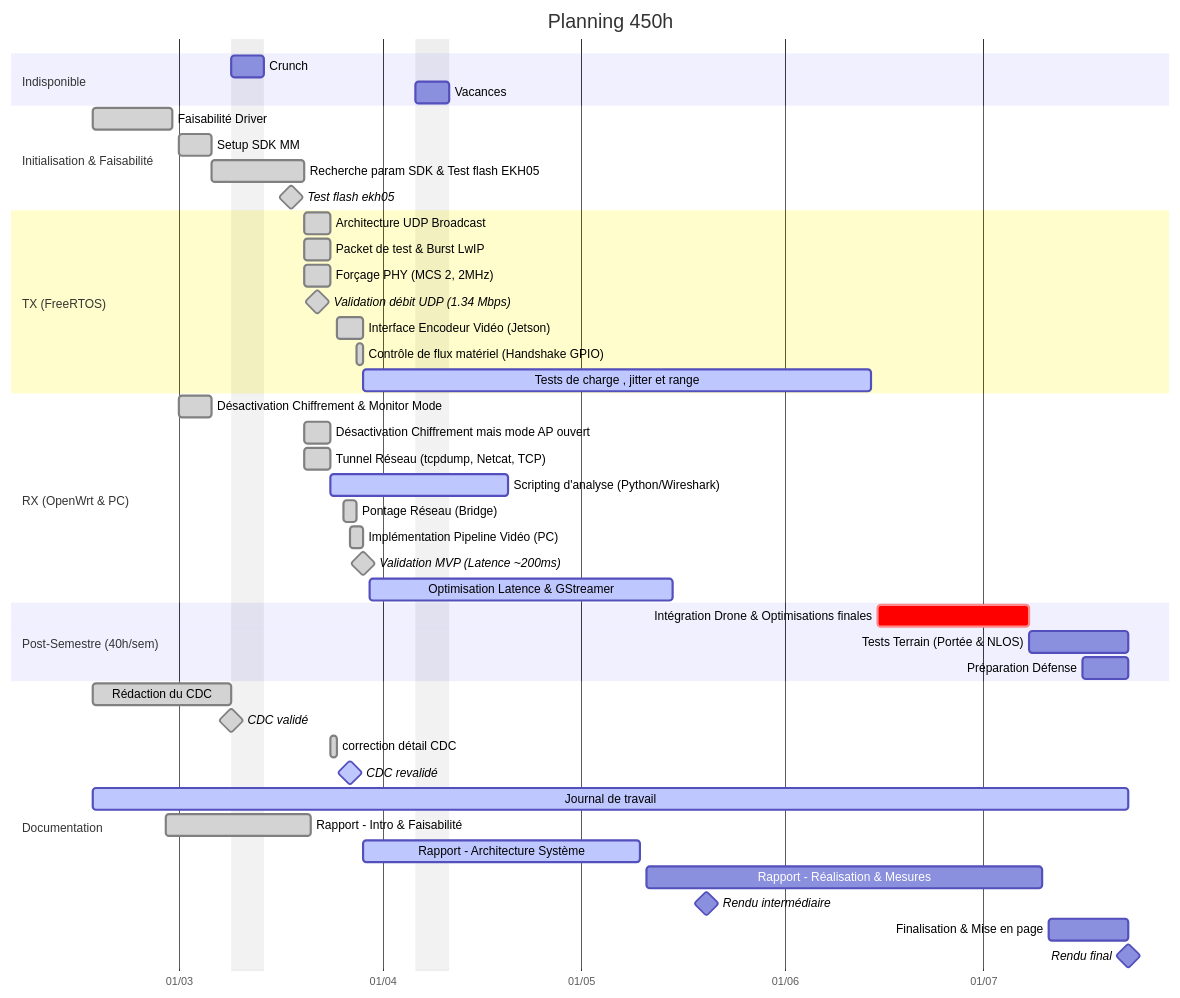
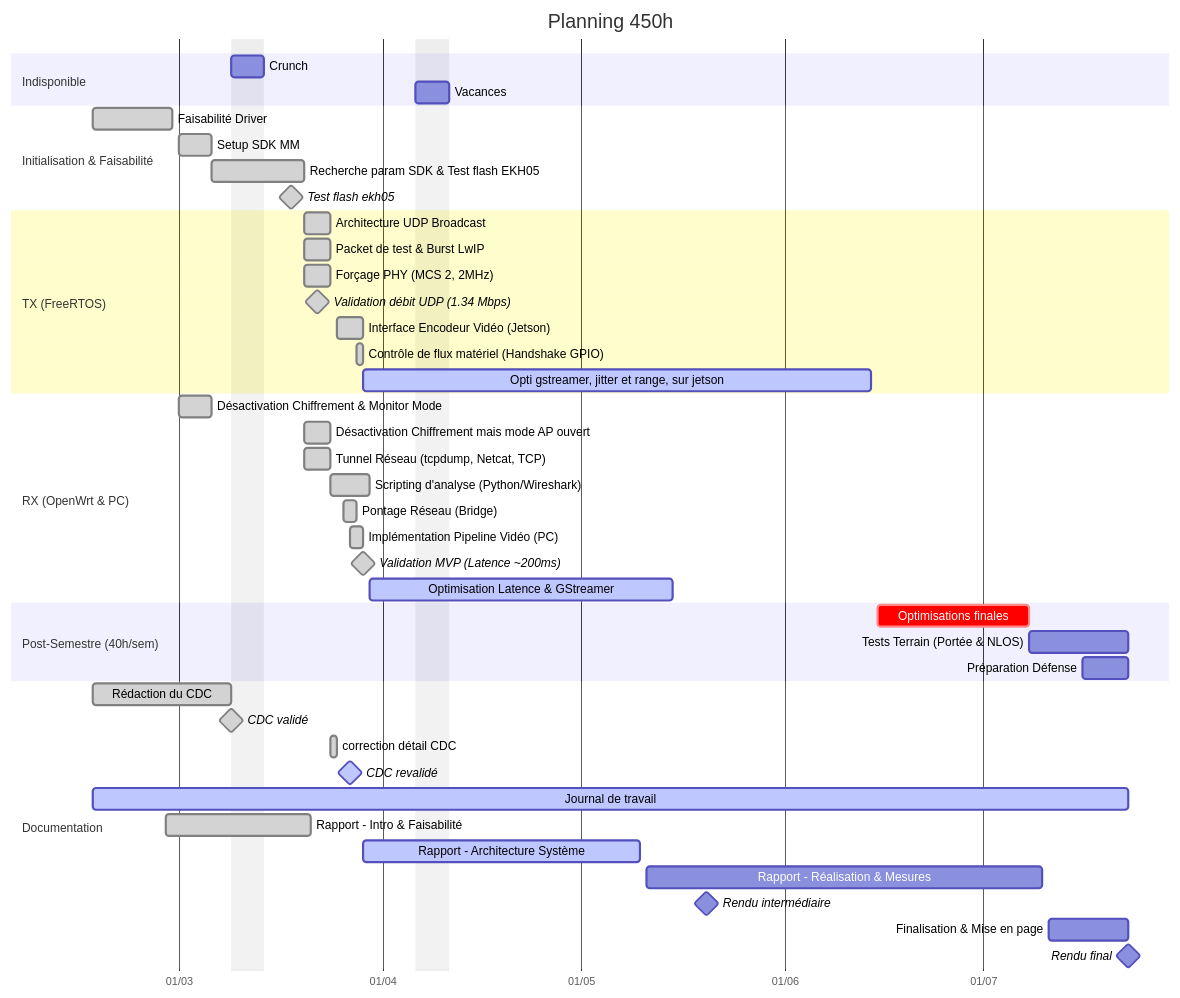
The fifth of 6 diagrams in JOURNAL/JOURNAL_DE_TRAVAIL.md (TschantzN/doc-bachelore-2026), drawn with Mermaid before and after one commit. The commit also changed other lines of this file and 1 other file, not shown here.

Commit message:
update journaux et gantt

````diff
--- a/JOURNAL/JOURNAL_DE_TRAVAIL.md
+++ b/JOURNAL/JOURNAL_DE_TRAVAIL.md
@@ -251,55 +251,55 @@
 ```mermaid
 gantt
     title Planning 450h
     dateFormat  YYYY-MM-DD
     axisFormat  %d/%m
 
     excludes 2026-03-09,2026-03-10,2026-03-11,2026-03-12,2026-03-13,2026-04-06,2026-04-07,2026-04-08,2026-04-09,2026-04-10
     
     section Indisponible
     Crunch      :2026-03-09, 2026-03-14
     Vacances    :2026-04-06, 2026-04-11
 
     section Initialisation & Faisabilité
     Faisabilité Driver :done, p1, 2026-02-16, 2026-02-28
     Setup SDK MM       :done, p2, 2026-03-01, 2026-03-06
     Recherche param SDK & Test flash EKH05 :done, p3, 2026-03-06, 2026-03-20
     Test flash ekh05         :done,milestone ,2026-03-18, 0d
 
     section TX (FreeRTOS)
     Architecture UDP Broadcast :done, tx1, 2026-03-20, 2026-03-24
     Packet de test & Burst LwIP :done, tx2, 2026-03-20, 2026-03-24
     Forçage PHY (MCS 2, 2MHz) :done, tx3, 2026-03-20, 2026-03-24
     Validation débit UDP (1.34 Mbps) :done,milestone ,2026-03-22, 0d
     Interface Encodeur Vidéo (Jetson) :done, tx4, 2026-03-25, 2026-03-29
     Contrôle de flux matériel (Handshake GPIO) :done, tx4b, 2026-03-28, 2026-03-29
-    Tests de charge , jitter et range :active, tx5, 2026-03-29, 2026-06-14
+    Opti gstreamer, jitter et range, sur jetson :active, tx5, 2026-03-29, 2026-06-14
 
     section RX (OpenWrt & PC)
     Désactivation Chiffrement & Monitor Mode :done, rx1, 2026-03-01, 2026-03-06
     Désactivation Chiffrement mais mode AP ouvert:done, rx2, 2026-03-20, 2026-03-24
     Tunnel Réseau (tcpdump, Netcat, TCP) :done, rx3, 2026-03-20, 2026-03-24
-    Scripting d'analyse (Python/Wireshark) :active, rx4, 2026-03-24, 2026-04-20
+    Scripting d'analyse (Python/Wireshark) :done, rx4, 2026-03-24, 2026-03-30
     Pontage Réseau (Bridge) :done, rx4b, 2026-03-26, 2026-03-28
     Implémentation Pipeline Vidéo (PC) :done, rx5, 2026-03-27, 2026-03-29
     Validation MVP (Latence ~200ms) :done,milestone, 2026-03-29, 0d
     Optimisation Latence & GStreamer :active, rx6, 2026-03-30, 2026-05-15
 
     section Post-Semestre (40h/sem)
-    Intégration Drone & Optimisations finales :crit, int1, 2026-06-15, 2026-07-08
+    Optimisations finales :crit, int1, 2026-06-15, 2026-07-08
     Tests Terrain (Portée & NLOS)    :int2, 2026-07-08, 2026-07-23
     Préparation Défense              :int3, 2026-07-16, 2026-07-23
 
     section Documentation
     Rédaction du CDC         :done, doc1, 2026-02-16, 2026-03-09
     CDC validé               :done, milestone ,2026-03-09, 0d
     correction détail CDC    :done, doc2, 2026-03-24, 1d
     CDC revalidé             :active, milestone ,2026-03-27, 0d
     Journal de travail       :active, doc3, 2026-02-16, 2026-07-23
     Rapport - Intro & Faisabilité :done,doc4, 2026-02-27, 2026-03-21
     Rapport - Architecture Système :active,doc4b, 2026-03-29, 2026-05-10
     Rapport - Réalisation & Mesures :doc5, 2026-05-11, 2026-07-10
     Rendu intermédiaire        :milestone ,2026-05-20, 0d
     Finalisation & Mise en page :doc6, 2026-07-11, 2026-07-23
     Rendu final                :milestone ,2026-07-23, 0d
 ```
````
